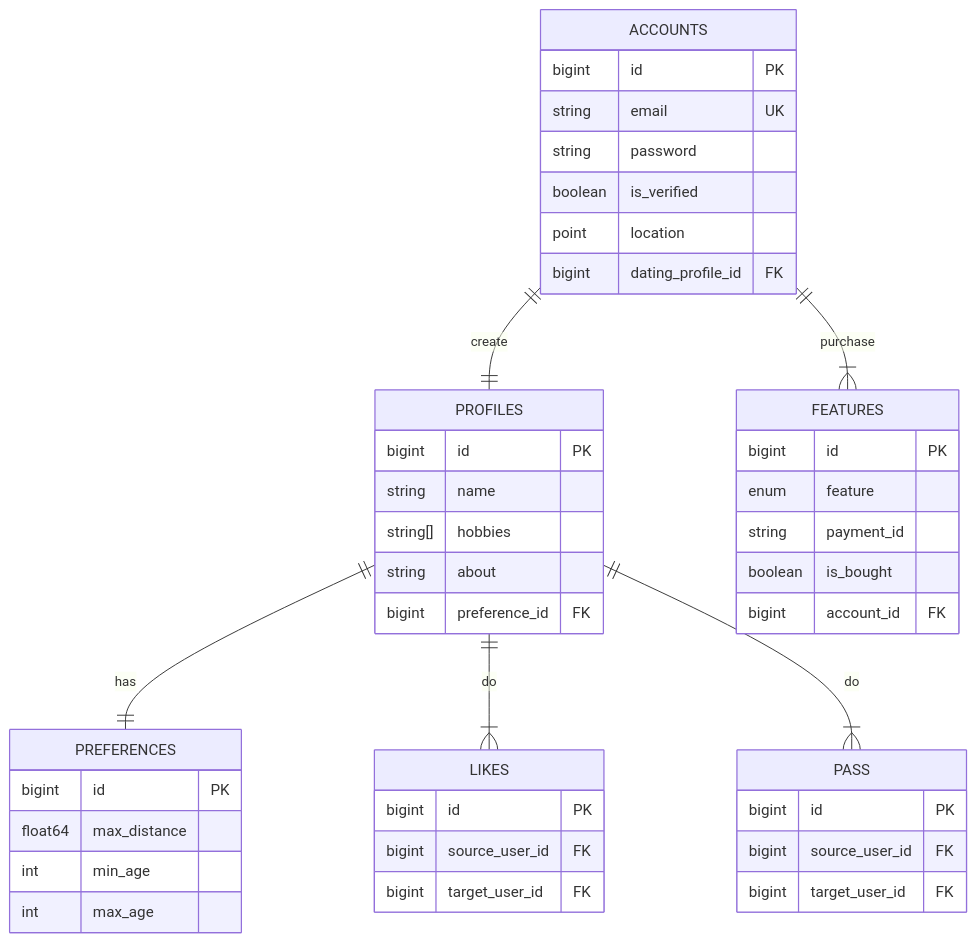
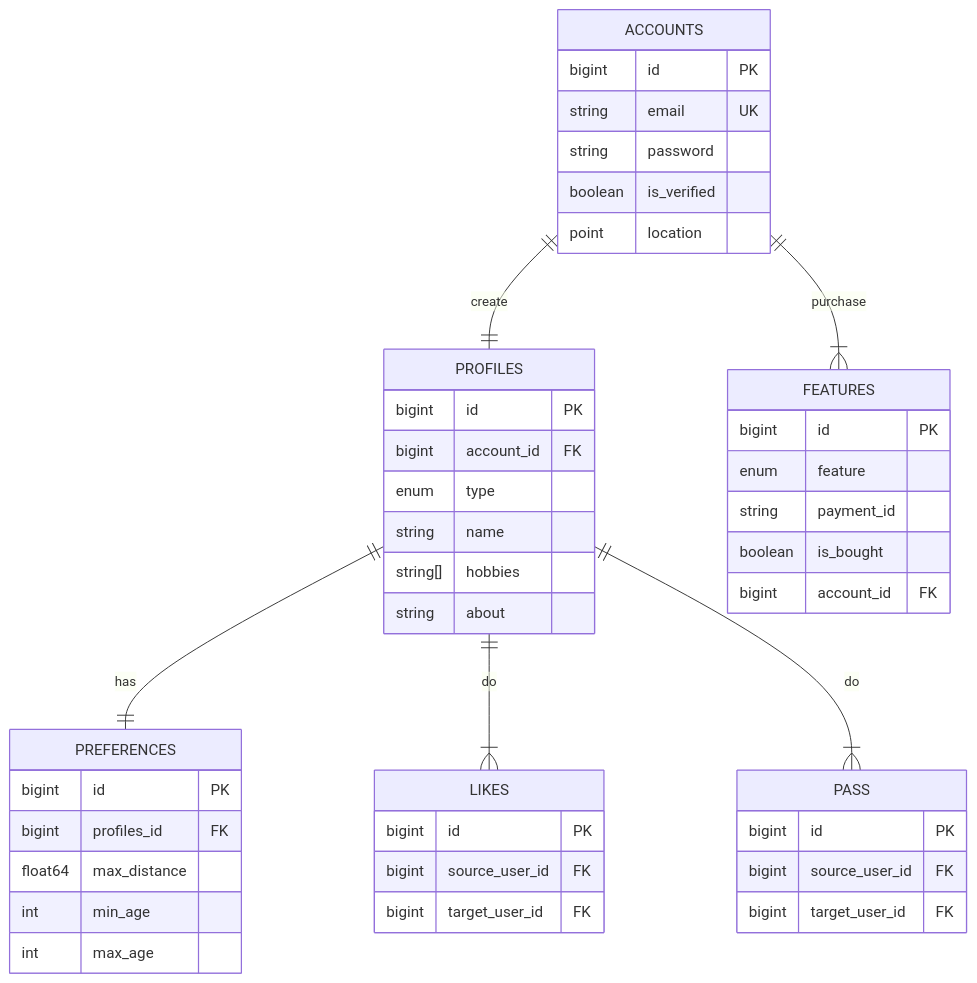
Before and after one commit to huseinnashr/bimble: the first of 13 diagrams in documentation.md, drawn with Mermaid. The commit also changed 10 other files, not shown here.

````diff
--- a/documentation.md
+++ b/documentation.md
@@ -141,52 +141,53 @@
 ```mermaid
 erDiagram
 ACCOUNTS {
     bigint id PK
     string email UK
     string password
     boolean is_verified
     point location
-    bigint dating_profile_id FK
 }
 
 PROFILES {
     bigint id PK
+    bigint account_id FK
+    enum type
     string name
     string[] hobbies
     string about
-    bigint preference_id FK
 }
 
 PREFERENCES {
     bigint id PK
+    bigint profiles_id FK
     float64 max_distance
     int min_age
     int max_age
 }
 
 FEATURES {
     bigint id PK
     enum feature
     string payment_id
     boolean is_bought
     bigint account_id FK
 }
 
 LIKES {
     bigint id PK
     bigint source_user_id FK
     bigint target_user_id FK
 }
 
 PASS {
     bigint id PK
     bigint source_user_id FK
     bigint target_user_id FK
 }
 
 ACCOUNTS ||--|| PROFILES : create
 ACCOUNTS ||--|{ FEATURES : purchase
 PROFILES ||--|| PREFERENCES : has
 PROFILES ||--|{ LIKES : do
 PROFILES ||--|{ PASS : do
 ```
````
